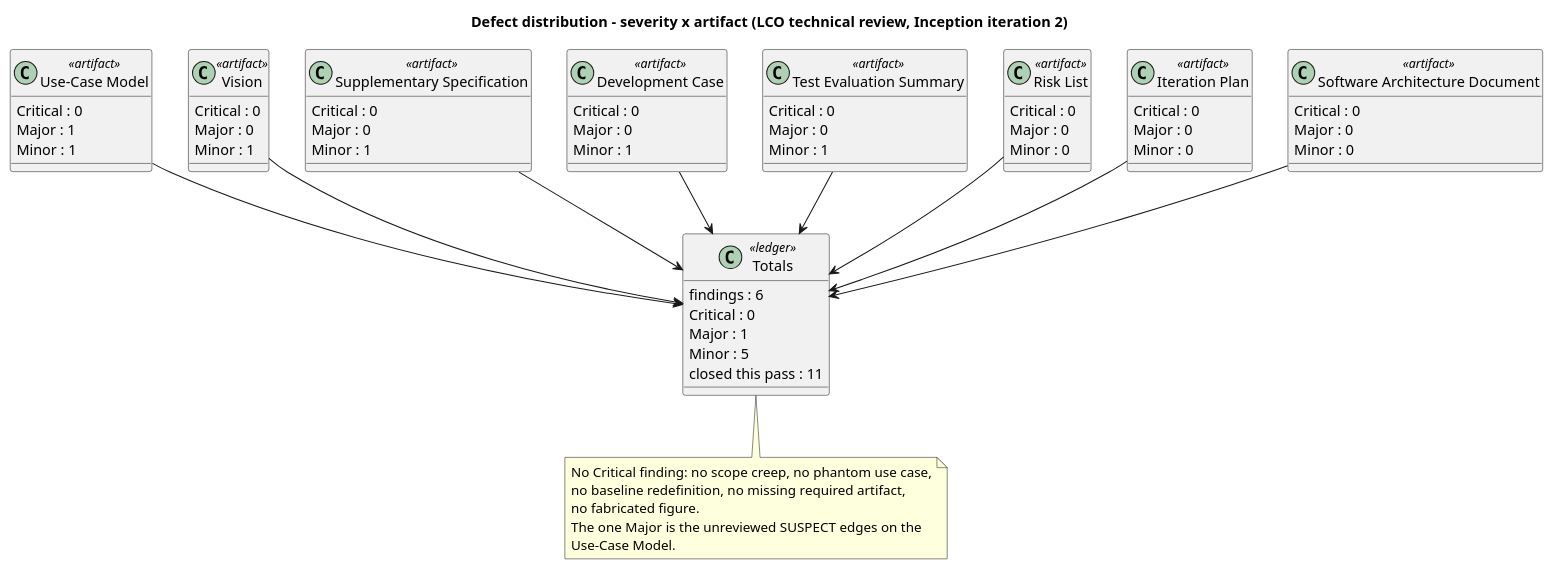
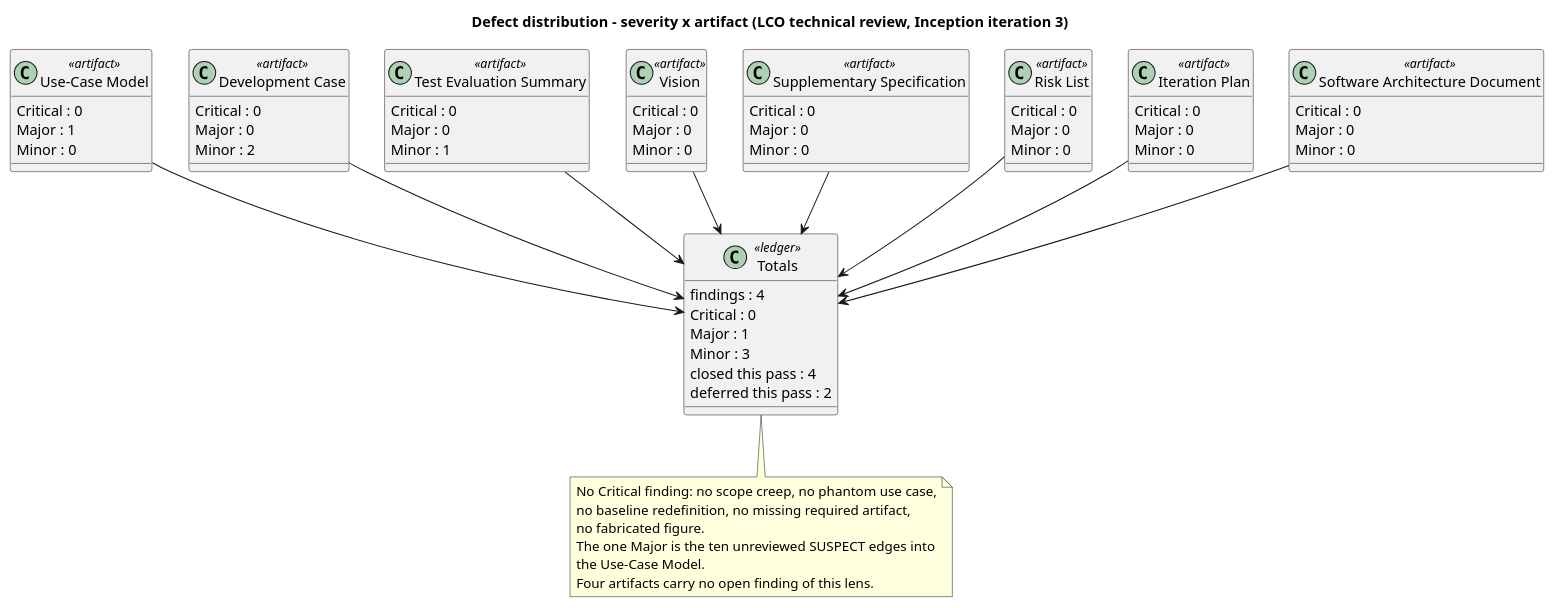
The sixth of 16 diagrams in docs/artifacts/project-management/review-record.md (banense-test/portal), drawn with PlantUML before and after one commit. The commit also changed other lines of this file, not shown here.

First line of the commit message:
Reviewer [I3]: upsert Review Record

````diff
--- a/docs/artifacts/project-management/review-record.md
+++ b/docs/artifacts/project-management/review-record.md
@@ -737,72 +474,74 @@
 ```plantuml
-@startuml RR2_DefectDistribution
-title Defect distribution - severity x artifact (LCO technical review, Inception iteration 2)
+@startuml RR3_DefectDistribution
+title Defect distribution - severity x artifact (LCO technical review, Inception iteration 3)
 skinparam classAttributeIconSize 0
 
 class "Use-Case Model" as UCM <<artifact>> {
   Critical : 0
   Major : 1
+  Minor : 0
+}
+class "Development Case" as DC <<artifact>> {
+  Critical : 0
+  Major : 0
+  Minor : 2
+}
+class "Test Evaluation Summary" as TES <<artifact>> {
+  Critical : 0
+  Major : 0
   Minor : 1
 }
 class "Vision" as V <<artifact>> {
   Critical : 0
   Major : 0
-  Minor : 1
+  Minor : 0
 }
 class "Supplementary Specification" as SS <<artifact>> {
   Critical : 0
   Major : 0
-  Minor : 1
-}
-class "Development Case" as DC <<artifact>> {
-  Critical : 0
-  Major : 0
-  Minor : 1
-}
-class "Test Evaluation Summary" as TES <<artifact>> {
-  Critical : 0
-  Major : 0
-  Minor : 1
+  Minor : 0
 }
 class "Risk List" as RL <<artifact>> {
   Critical : 0
   Major : 0
   Minor : 0
 }
 class "Iteration Plan" as IP <<artifact>> {
   Critical : 0
   Major : 0
   Minor : 0
 }
 class "Software Architecture Document" as SAD <<artifact>> {
   Critical : 0
   Major : 0
   Minor : 0
 }
 
 class "Totals" as T <<ledger>> {
-  findings : 6
+  findings : 4
   Critical : 0
   Major : 1
-  Minor : 5
-  closed this pass : 11
+  Minor : 3
+  closed this pass : 4
+  deferred this pass : 2
 }
 
 UCM --> T
+DC --> T
+TES --> T
 V --> T
 SS --> T
-DC --> T
-TES --> T
 RL --> T
 IP --> T
 SAD --> T
 
 note bottom of T
   No Critical finding: no scope creep, no phantom use case,
   no baseline redefinition, no missing required artifact,
   no fabricated figure.
-  The one Major is the unreviewed SUSPECT edges on the
-  Use-Case Model.
+  The one Major is the ten unreviewed SUSPECT edges into
+  the Use-Case Model.
+  Four artifacts carry no open finding of this lens.
 end note
 @enduml
 ```
````
